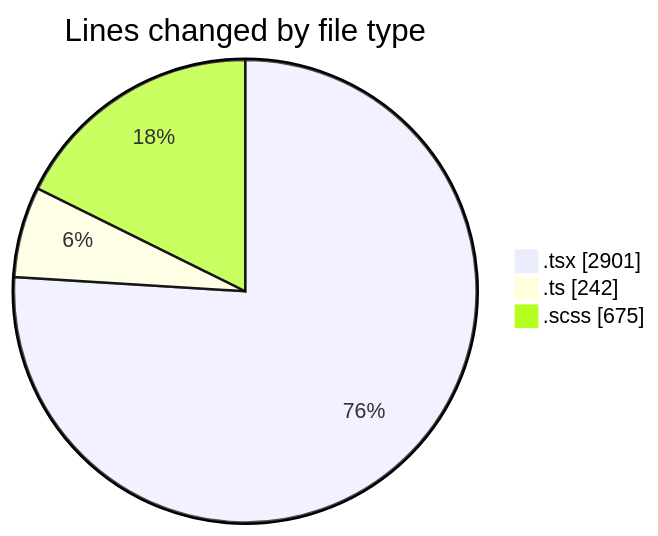
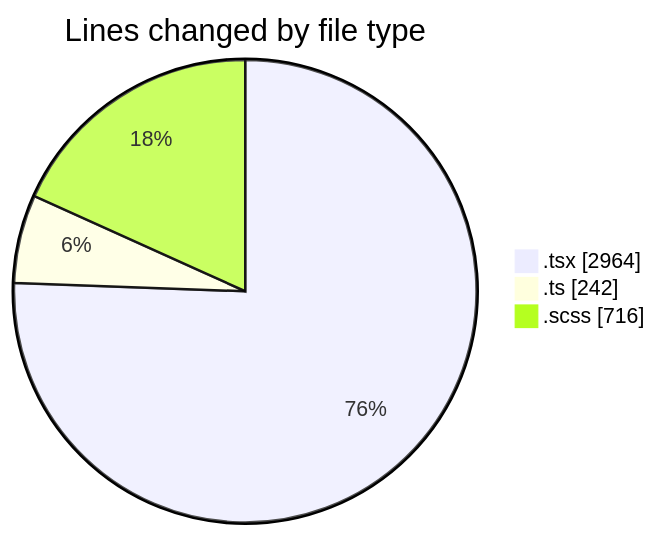
The first of 2 diagrams in 2025-09-15/cda/README.md (momahboobian/code-tracking), drawn with Mermaid before and after one commit. The commit also changed other lines of this file and 1 other file, not shown here.

````diff
--- a/2025-09-15/cda/README.md
+++ b/2025-09-15/cda/README.md
@@ -25,7 +25,7 @@
 ```mermaid
 pie showData
 title Lines changed by file type
-".tsx" : 2901
+".tsx" : 2964
 ".ts" : 242
-".scss" : 675
+".scss" : 716
 ```
````
